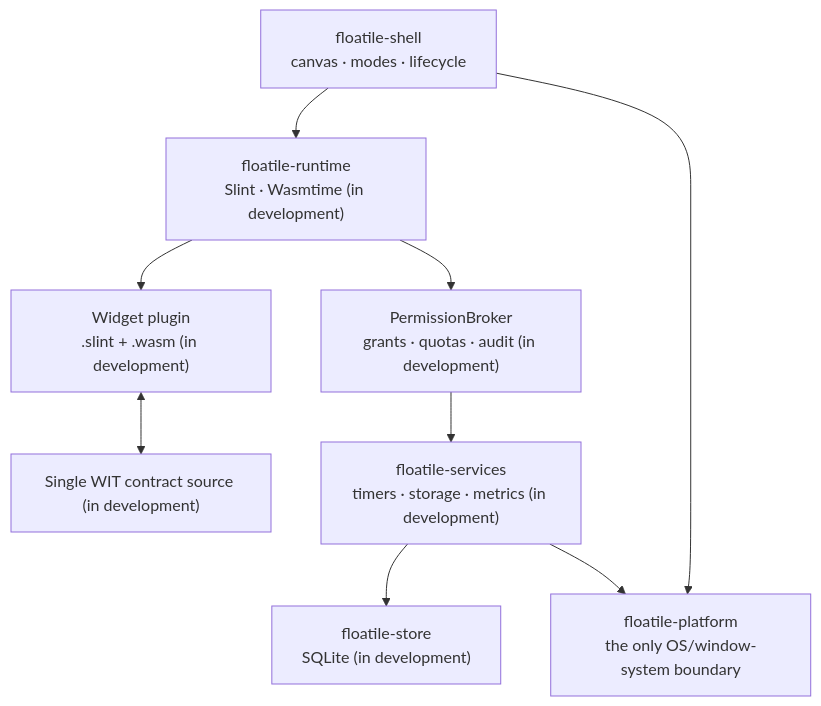
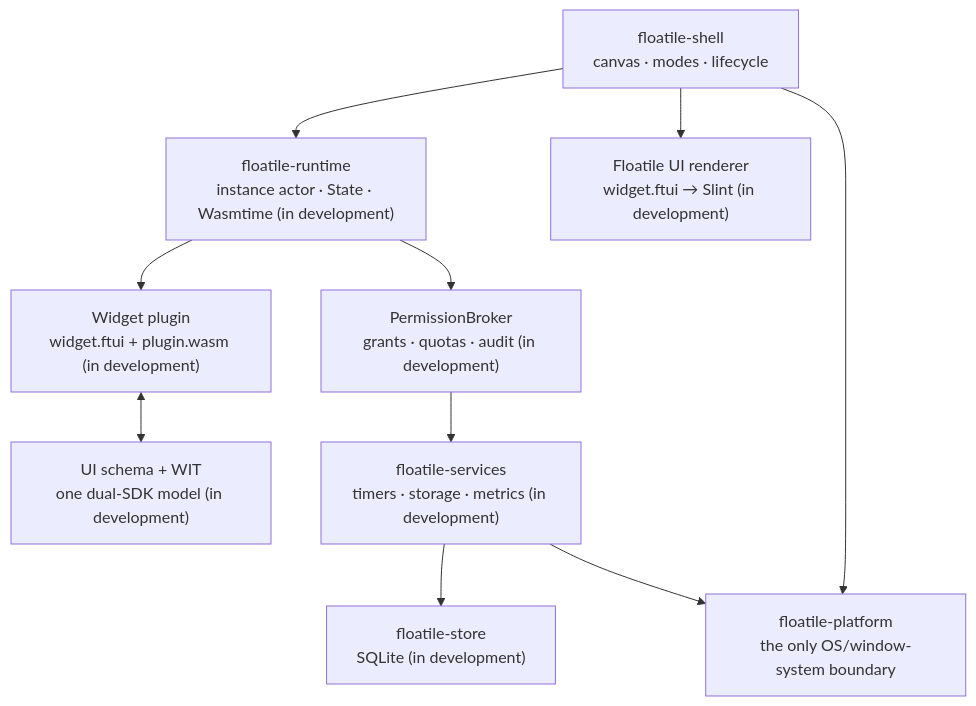
Before and after one commit to powercess/floatile: the diagram in README.en.md, drawn with Mermaid. The commit also changed other lines of this file and 24 other files, not shown here.

First line of the commit message:
docs(plugins): define unified plugin SDK architecture (#16)

````diff
--- a/README.en.md
+++ b/README.en.md
@@ -133,20 +133,22 @@
 ```mermaid
 flowchart TB
     Shell["floatile-shell<br/>canvas · modes · lifecycle"]
-    Runtime["floatile-runtime<br/>Slint · Wasmtime (in development)"]
+    Runtime["floatile-runtime<br/>instance actor · State · Wasmtime (in development)"]
+    UI["Floatile UI renderer<br/>widget.ftui → Slint (in development)"]
     Broker["PermissionBroker<br/>grants · quotas · audit (in development)"]
     Services["floatile-services<br/>timers · storage · metrics (in development)"]
     Store["floatile-store<br/>SQLite (in development)"]
     Platform["floatile-platform<br/>the only OS/window-system boundary"]
-    Plugin["Widget plugin<br/>.slint + .wasm (in development)"]
-    WIT["Single WIT contract source (in development)"]
+    Plugin["Widget plugin<br/>widget.ftui + plugin.wasm (in development)"]
+    Contract["UI schema + WIT<br/>one dual-SDK model (in development)"]
 
     Shell --> Runtime
+    Shell --> UI
     Shell --> Platform
     Runtime --> Plugin
-    Plugin <--> WIT
+    Plugin <--> Contract
     Runtime --> Broker
     Broker --> Services
     Services --> Store
     Services --> Platform
 ```
````
